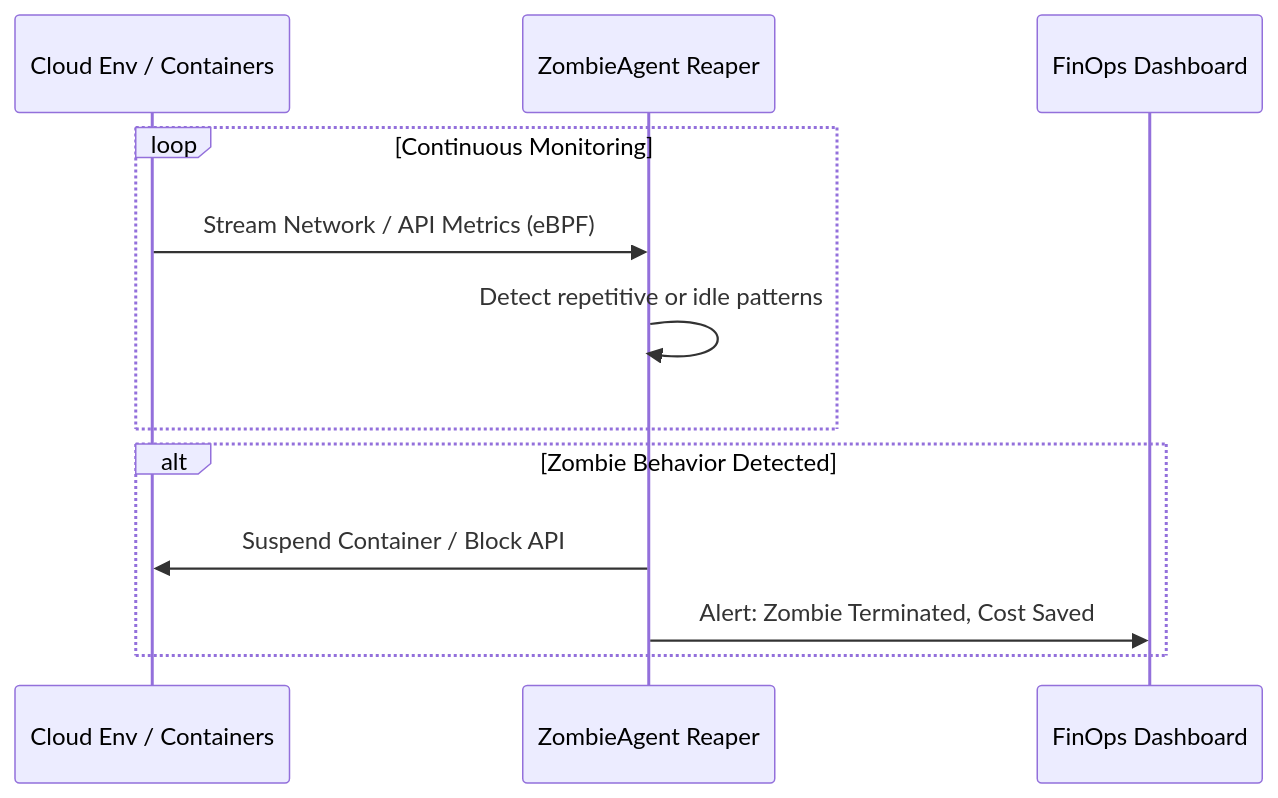
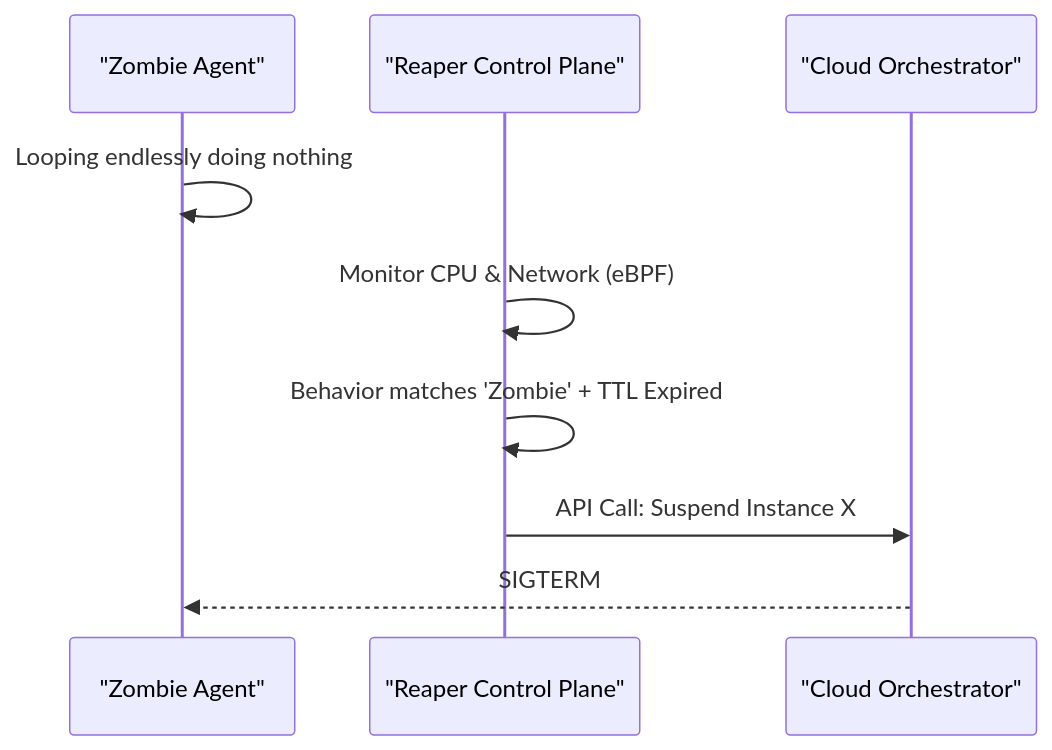
Before and after one commit to flouzzy/top-100-ai-startup-ideas: the second of 2 diagrams in ideas/zombie-agent-reaper/README.md, drawn with Mermaid. The commit also changed other lines of this file and 41 other files, not shown here.

````diff
--- a/ideas/zombie-agent-reaper/README.md
+++ b/ideas/zombie-agent-reaper/README.md
@@ -38,14 +42,11 @@
 ```mermaid
 sequenceDiagram
-    participant CloudEnv as Cloud Env / Containers
-    participant ControlPlane as ZombieAgent Reaper
-    participant FinOps as FinOps Dashboard
-    loop Continuous Monitoring
-        CloudEnv->>ControlPlane: Stream Network / API Metrics (eBPF)
-        ControlPlane->>ControlPlane: Detect repetitive or idle patterns
-    end
-    alt Zombie Behavior Detected
-        ControlPlane->>CloudEnv: Suspend Container / Block API
-        ControlPlane->>FinOps: Alert: Zombie Terminated, Cost Saved
-    end
+    participant Agent as "Zombie Agent"
+    participant Plane as "Reaper Control Plane"
+    participant Cloud as "Cloud Orchestrator"
+    Agent->>Agent: Looping endlessly doing nothing
+    Plane->>Plane: Monitor CPU & Network (eBPF)
+    Plane->>Plane: Behavior matches 'Zombie' + TTL Expired
+    Plane->>Cloud: API Call: Suspend Instance X
+    Cloud-->>Agent: SIGTERM
 ```
````
